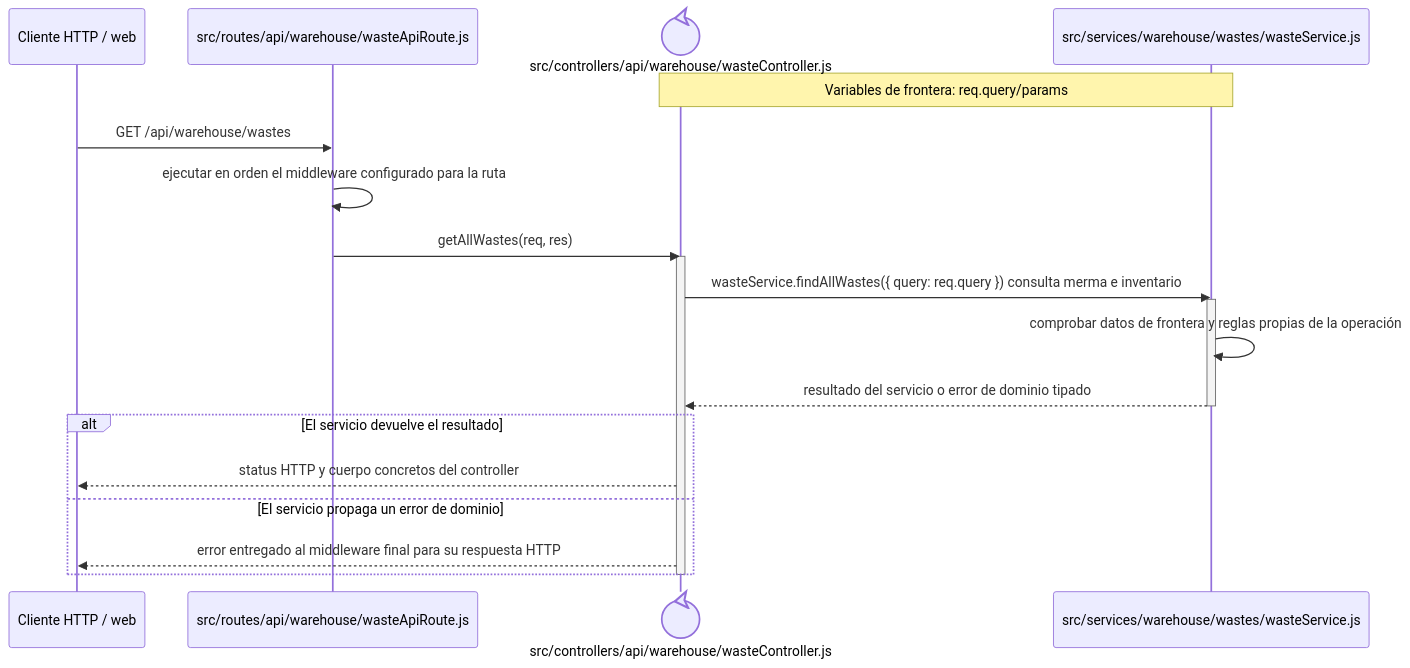
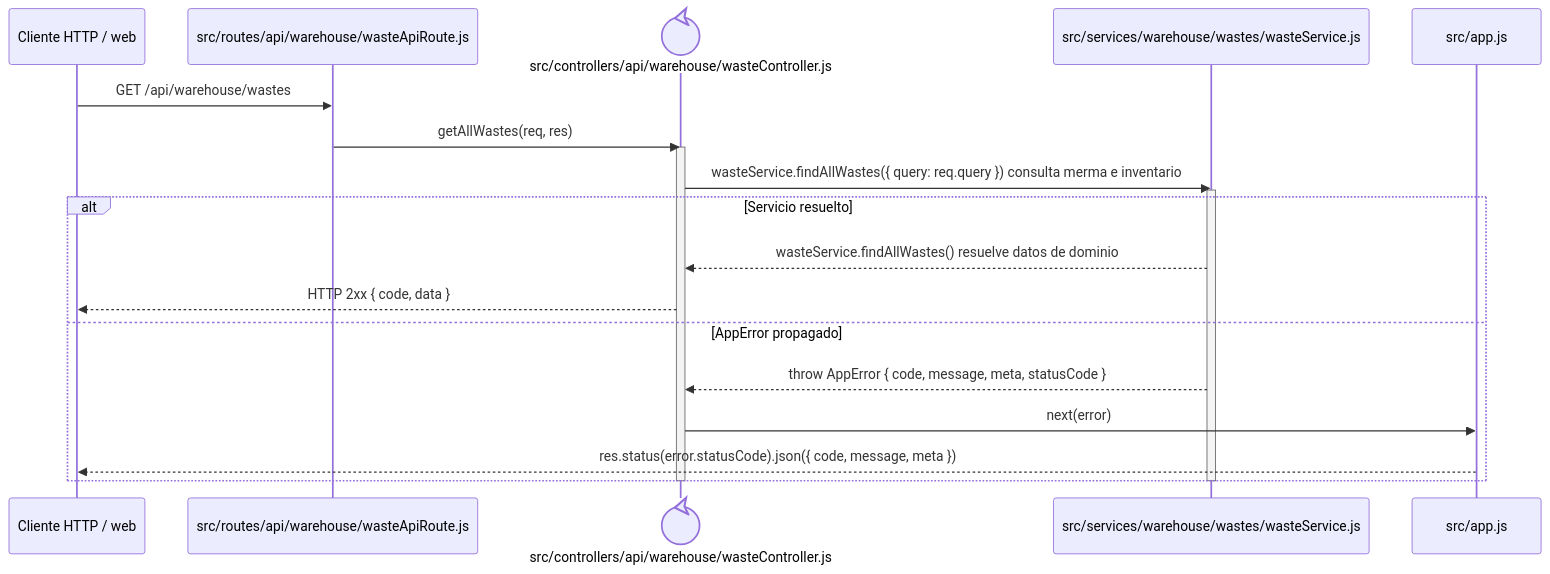
The diagram in docs/architecture/backend-code-sequences/catalogs/cu-alm-09.md (gpgsistemas01/nexus), drawn with Mermaid before and after one commit. The commit also changed 148 other files, not shown here.

````diff
--- a/docs/architecture/backend-code-sequences/catalogs/cu-alm-09.md
+++ b/docs/architecture/backend-code-sequences/catalogs/cu-alm-09.md
@@ -6,24 +6,24 @@
 ```mermaid
 sequenceDiagram
     participant Client as Cliente HTTP / web
     participant Route as src/routes/api/warehouse/wasteApiRoute.js
     participant Controller@{ "type": "control" } as src/controllers/api/warehouse/wasteController.js
     participant Domain as src/services/warehouse/wastes/wasteService.js
-    Note over Controller,Domain: Variables de frontera: req.query/params
+    participant ErrorHandler as src/app.js
 
     Client->>Route: GET /api/warehouse/wastes
-    Route->>Route: ejecutar en orden el middleware configurado para la ruta
     Route->>Controller: getAllWastes(req, res)
     activate Controller
     Controller->>Domain: wasteService.findAllWastes({ query: req.query }) consulta merma e inventario
     activate Domain
-    Domain->>Domain: comprobar datos de frontera y reglas propias de la operación
-    Domain-->>Controller: resultado del servicio o error de dominio tipado
+    alt Servicio resuelto
+        Domain-->>Controller: wasteService.findAllWastes() resuelve datos de dominio
+        Controller-->>Client: HTTP 2xx { code, data }
+    else AppError propagado
+        Domain-->>Controller: throw AppError { code, message, meta, statusCode }
+        Controller->>ErrorHandler: next(error)
+        ErrorHandler-->>Client: res.status(error.statusCode).json({ code, message, meta })
+    end
     deactivate Domain
-    alt El servicio devuelve el resultado
-        Controller-->>Client: status HTTP y cuerpo concretos del controller
-    else El servicio propaga un error de dominio
-        Controller-->>Client: error entregado al middleware final para su respuesta HTTP
-    end
     deactivate Controller
 ```
````
